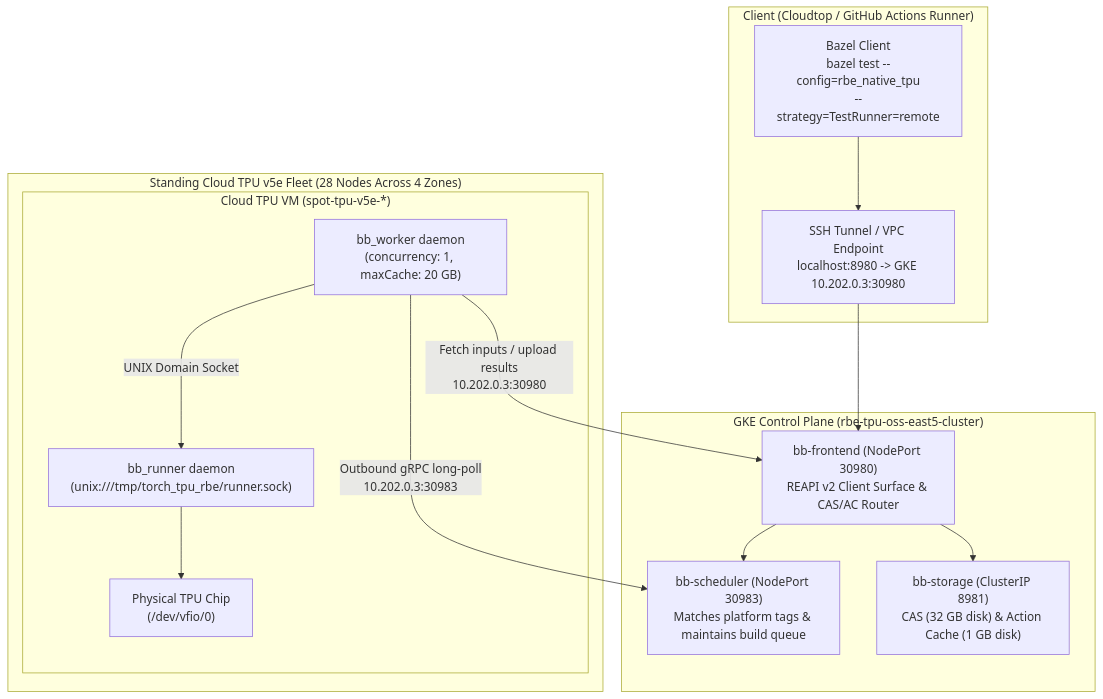
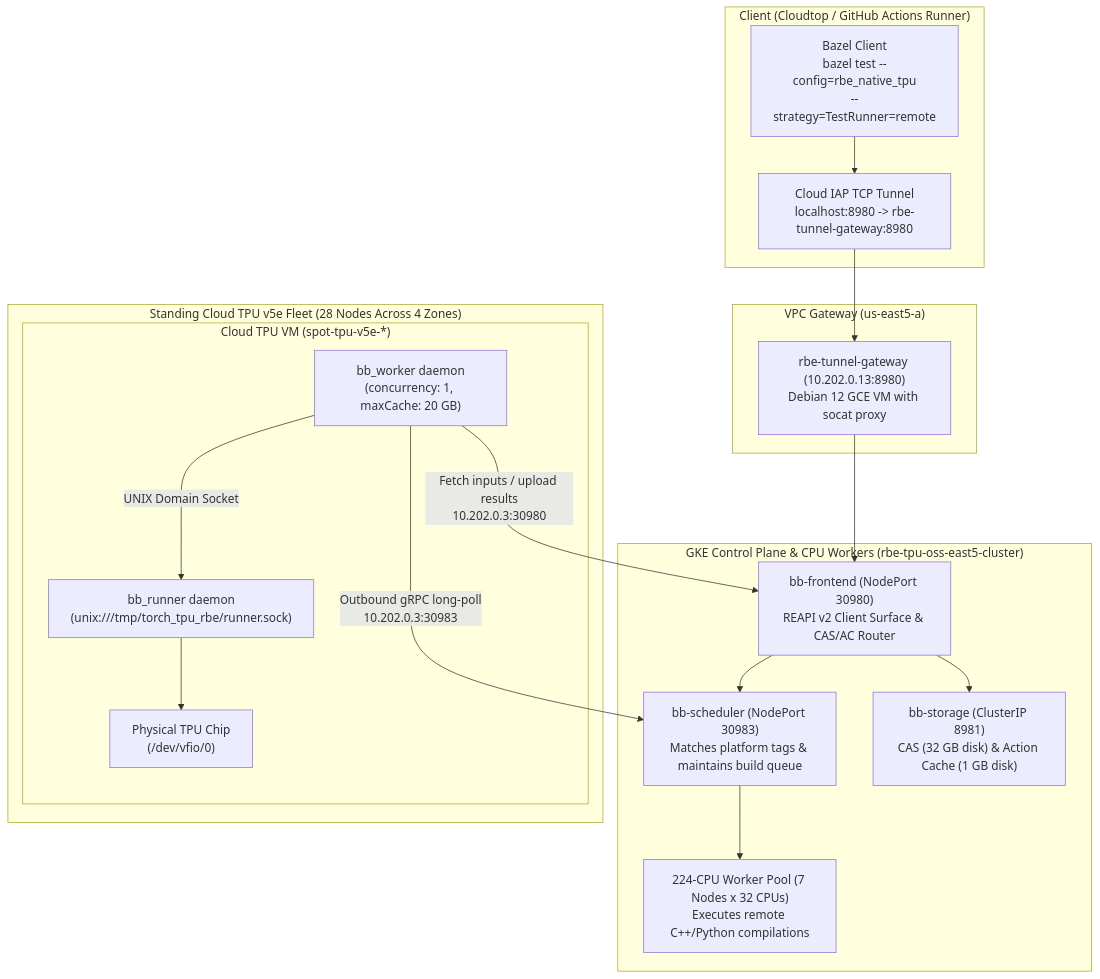
One commit to google-pytorch/torch_tpu changed the diagram in docs/NATIVE_RBE_ARCHITECTURE.md. Above: the diagram before and after it, drawn with Mermaid. The commit also changed 1 other file, not shown here.

Commit message:
ci: configure high-concurrency HAProxy gateway and remove raw tcp probe loop

````diff
--- a/docs/NATIVE_RBE_ARCHITECTURE.md
+++ b/docs/NATIVE_RBE_ARCHITECTURE.md
@@ -24,31 +24,38 @@
 ```mermaid
 flowchart TD
     subgraph Client ["Client (Cloudtop / GitHub Actions Runner)"]
         Bazel["Bazel Client<br/>bazel test --config=rbe_native_tpu<br/>--strategy=TestRunner=remote"]
-        Tunnel["SSH Tunnel / VPC Endpoint<br/>localhost:8980 -> GKE 10.202.0.3:30980"]
+        Tunnel["Cloud IAP TCP Tunnel<br/>localhost:8980 -> rbe-tunnel-gateway:8980"]
         Bazel --> Tunnel
     end
 
-    subgraph ControlPlane ["GKE Control Plane (rbe-tpu-oss-east5-cluster)"]
+    subgraph Gateway ["VPC Gateway (us-east5-a)"]
+        GW["rbe-tunnel-gateway (10.202.0.13:8980)<br/>Debian 12 GCE VM with socat proxy"]
+        Tunnel --> GW
+    end
+
+    subgraph ControlPlane ["GKE Control Plane & CPU Workers (rbe-tpu-oss-east5-cluster)"]
         FE["bb-frontend (NodePort 30980)<br/>REAPI v2 Client Surface & CAS/AC Router"]
         SCHED["bb-scheduler (NodePort 30983)<br/>Matches platform tags & maintains build queue"]
         STOR["bb-storage (ClusterIP 8981)<br/>CAS (32 GB disk) & Action Cache (1 GB disk)"]
+        CPUWorkers["224-CPU Worker Pool (7 Nodes x 32 CPUs)<br/>Executes remote C++/Python compilations"]
 
-        Tunnel --> FE
+        GW --> FE
         FE --> SCHED
         FE --> STOR
+        SCHED --> CPUWorkers
     end
 
     subgraph Fleet ["Standing Cloud TPU v5e Fleet (28 Nodes Across 4 Zones)"]
         subgraph Node ["Cloud TPU VM (spot-tpu-v5e-*)"]
             Worker["bb_worker daemon<br/>(concurrency: 1, maxCache: 20 GB)"]
             Runner["bb_runner daemon<br/>(unix:///tmp/torch_tpu_rbe/runner.sock)"]
             Hardware["Physical TPU Chip<br/>(/dev/vfio/0)"]
 
             Worker -->|"Outbound gRPC long-poll<br/>10.202.0.3:30983"| SCHED
             Worker -->|"Fetch inputs / upload results<br/>10.202.0.3:30980"| FE
             Worker -->|"UNIX Domain Socket"| Runner
             Runner --> Hardware
         end
     end
 ```
````
